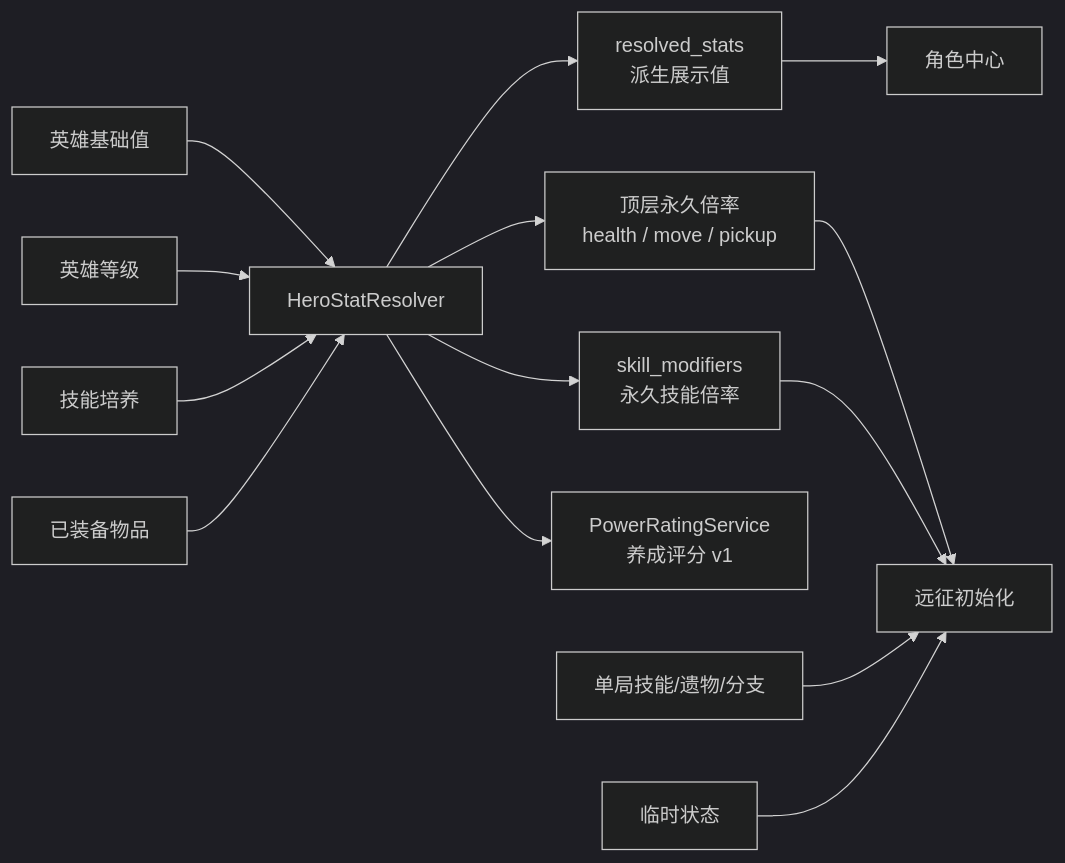
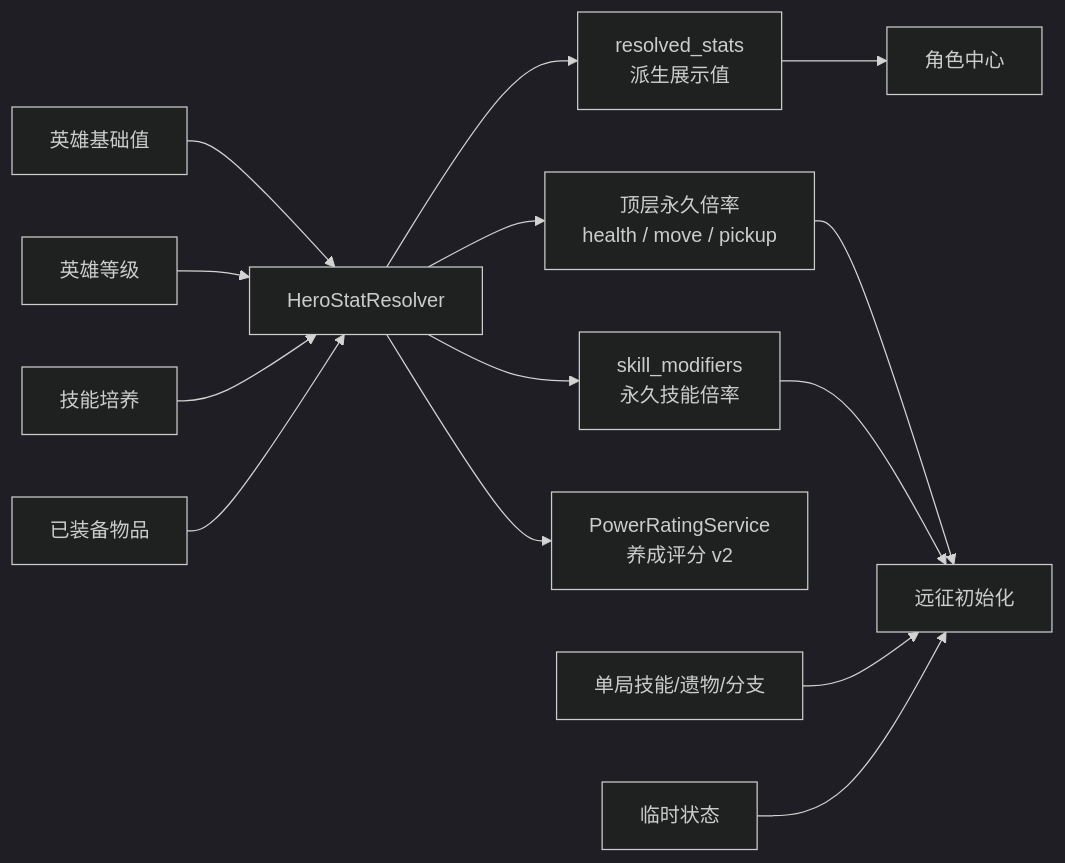
One commit to 1360151219/StarTide changed the diagram in docs/NUMERICAL_SYSTEMS.md. Above: the diagram before and after it, drawn with Mermaid (dark theme). The commit also changed other lines of this file and 220 other files, not shown here.

````diff
--- a/docs/NUMERICAL_SYSTEMS.md
+++ b/docs/NUMERICAL_SYSTEMS.md
@@ -41,16 +41,16 @@
 ```mermaid
 flowchart LR
     A[英雄基础值] --> R[HeroStatResolver]
     B[英雄等级] --> R
     C[技能培养] --> R
     D[已装备物品] --> R
     R --> E[resolved_stats<br/>派生展示值]
     R --> T[顶层永久倍率<br/>health / move / pickup]
     R --> F[skill_modifiers<br/>永久技能倍率]
-    R --> P[PowerRatingService<br/>养成评分 v1]
+    R --> P[PowerRatingService<br/>养成评分 v2]
     E --> UI[角色中心]
     T --> RUN[远征初始化]
     F --> RUN
     G[单局技能/遗物/分支] --> RUN
     H[临时状态] --> RUN
 ```
````
